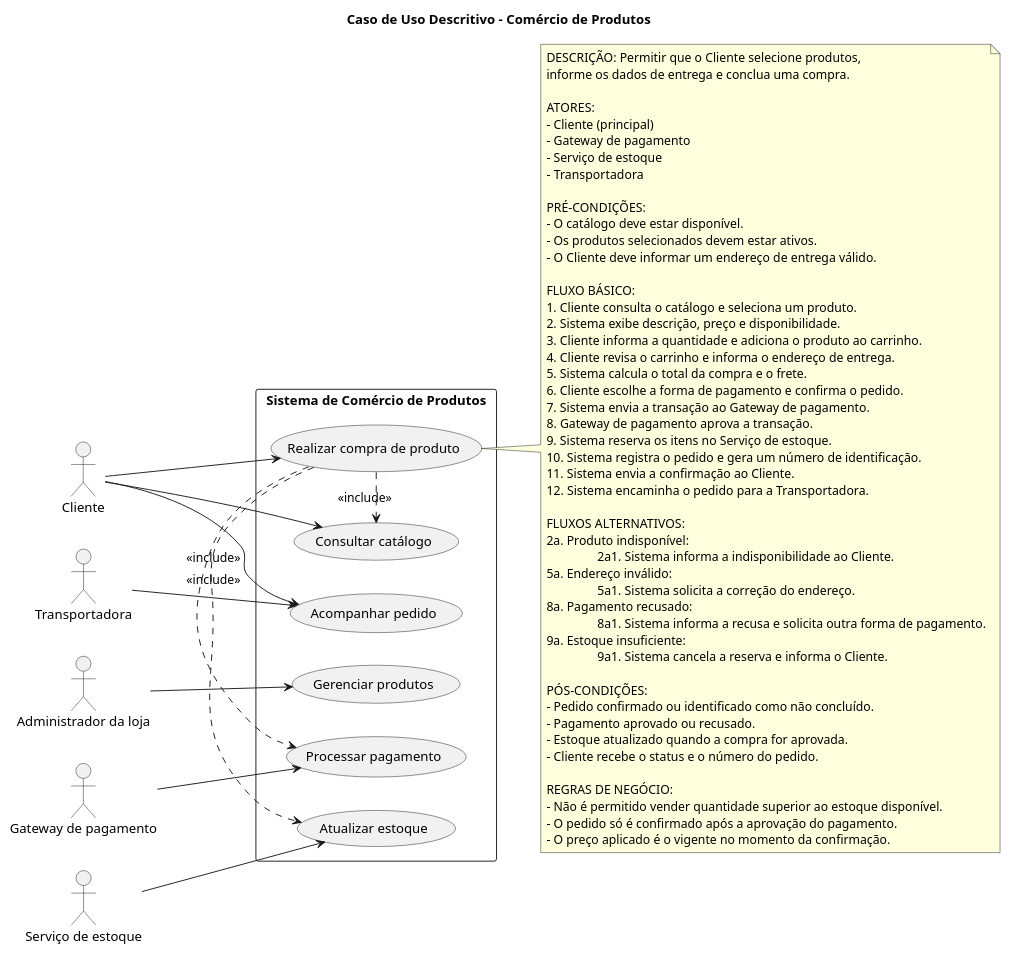
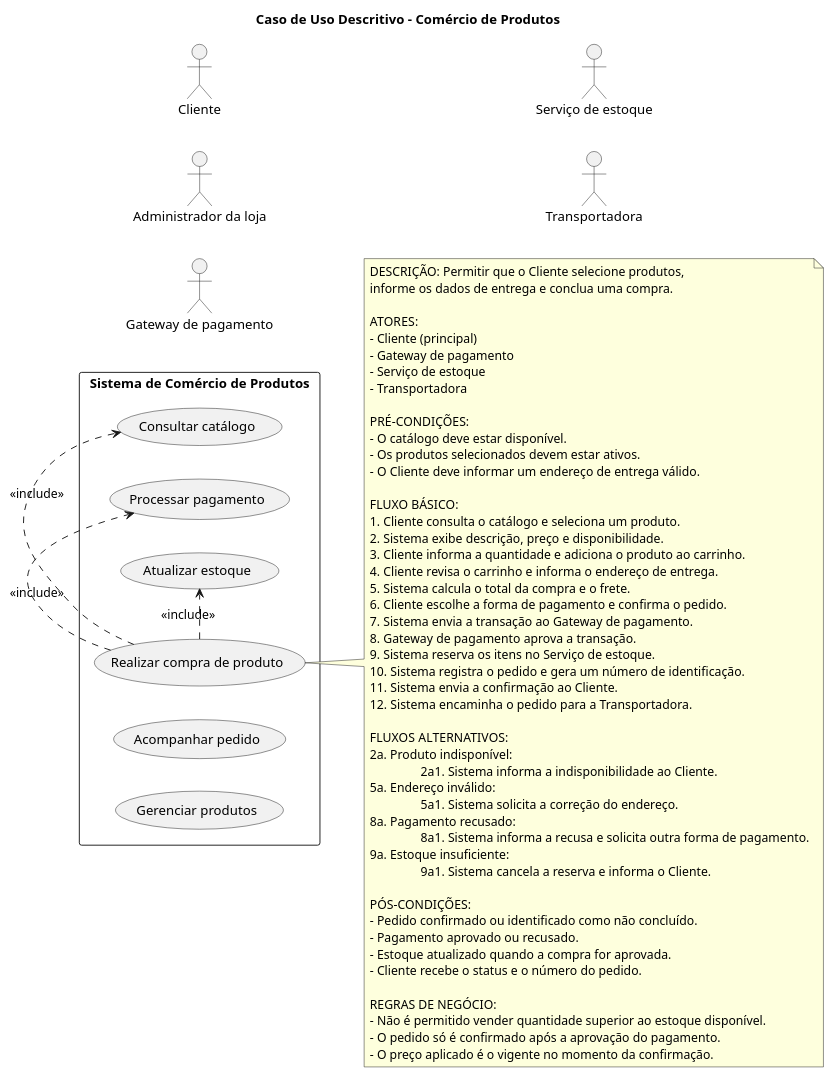
The diagram in puml/casodeusodescritivo.puml (jonh-carvalho/PBE_26.2_8002), drawn with PlantUML before and after one commit. The commit also changed 7 other files, not shown here.

```diff
--- a/puml/casodeusodescritivo.puml
+++ b/puml/casodeusodescritivo.puml
@@ -1,83 +1,78 @@
 @startuml produtos
 title Caso de Uso Descritivo - Comércio de Produtos
 
 left to right direction
 
 actor Cliente
 actor "Administrador da loja" as Administrador
 actor "Gateway de pagamento" as Pagamento
 actor "Serviço de estoque" as Estoque
 actor "Transportadora" as Transportadora
 
 rectangle "Sistema de Comércio de Produtos" {
 	usecase "Realizar compra de produto" as Comprar
 	usecase "Consultar catálogo" as Catalogo
 	usecase "Processar pagamento" as ProcessarPagamento
 	usecase "Atualizar estoque" as AtualizarEstoque
 	usecase "Acompanhar pedido" as AcompanharPedido
 	usecase "Gerenciar produtos" as GerenciarProdutos
 }
 
-Cliente --> Catalogo
-Cliente --> Comprar
-Cliente --> AcompanharPedido
+
 Comprar .> Catalogo : <<include>>
 Comprar .> ProcessarPagamento : <<include>>
 Comprar .> AtualizarEstoque : <<include>>
-Pagamento --> ProcessarPagamento
-Estoque --> AtualizarEstoque
-Transportadora --> AcompanharPedido
-Administrador --> GerenciarProdutos
+
 
 note right of Comprar
 	DESCRIÇÃO: Permitir que o Cliente selecione produtos,
 	informe os dados de entrega e conclua uma compra.
 
 	ATORES:
 	- Cliente (principal)
 	- Gateway de pagamento
 	- Serviço de estoque
 	- Transportadora
 
 	PRÉ-CONDIÇÕES:
 	- O catálogo deve estar disponível.
 	- Os produtos selecionados devem estar ativos.
 	- O Cliente deve informar um endereço de entrega válido.
 
 	FLUXO BÁSICO:
 	1. Cliente consulta o catálogo e seleciona um produto.
 	2. Sistema exibe descrição, preço e disponibilidade.
 	3. Cliente informa a quantidade e adiciona o produto ao carrinho.
 	4. Cliente revisa o carrinho e informa o endereço de entrega.
 	5. Sistema calcula o total da compra e o frete.
 	6. Cliente escolhe a forma de pagamento e confirma o pedido.
 	7. Sistema envia a transação ao Gateway de pagamento.
 	8. Gateway de pagamento aprova a transação.
 	9. Sistema reserva os itens no Serviço de estoque.
 	10. Sistema registra o pedido e gera um número de identificação.
 	11. Sistema envia a confirmação ao Cliente.
 	12. Sistema encaminha o pedido para a Transportadora.
 
 	FLUXOS ALTERNATIVOS:
 	2a. Produto indisponível:
 			2a1. Sistema informa a indisponibilidade ao Cliente.
 	5a. Endereço inválido:
 			5a1. Sistema solicita a correção do endereço.
 	8a. Pagamento recusado:
 			8a1. Sistema informa a recusa e solicita outra forma de pagamento.
 	9a. Estoque insuficiente:
 			9a1. Sistema cancela a reserva e informa o Cliente.
 
 	PÓS-CONDIÇÕES:
 	- Pedido confirmado ou identificado como não concluído.
 	- Pagamento aprovado ou recusado.
 	- Estoque atualizado quando a compra for aprovada.
 	- Cliente recebe o status e o número do pedido.
 
 	REGRAS DE NEGÓCIO:
 	- Não é permitido vender quantidade superior ao estoque disponível.
 	- O pedido só é confirmado após a aprovação do pagamento.
 	- O preço aplicado é o vigente no momento da confirmação.
 end note
 
 @enduml
```
